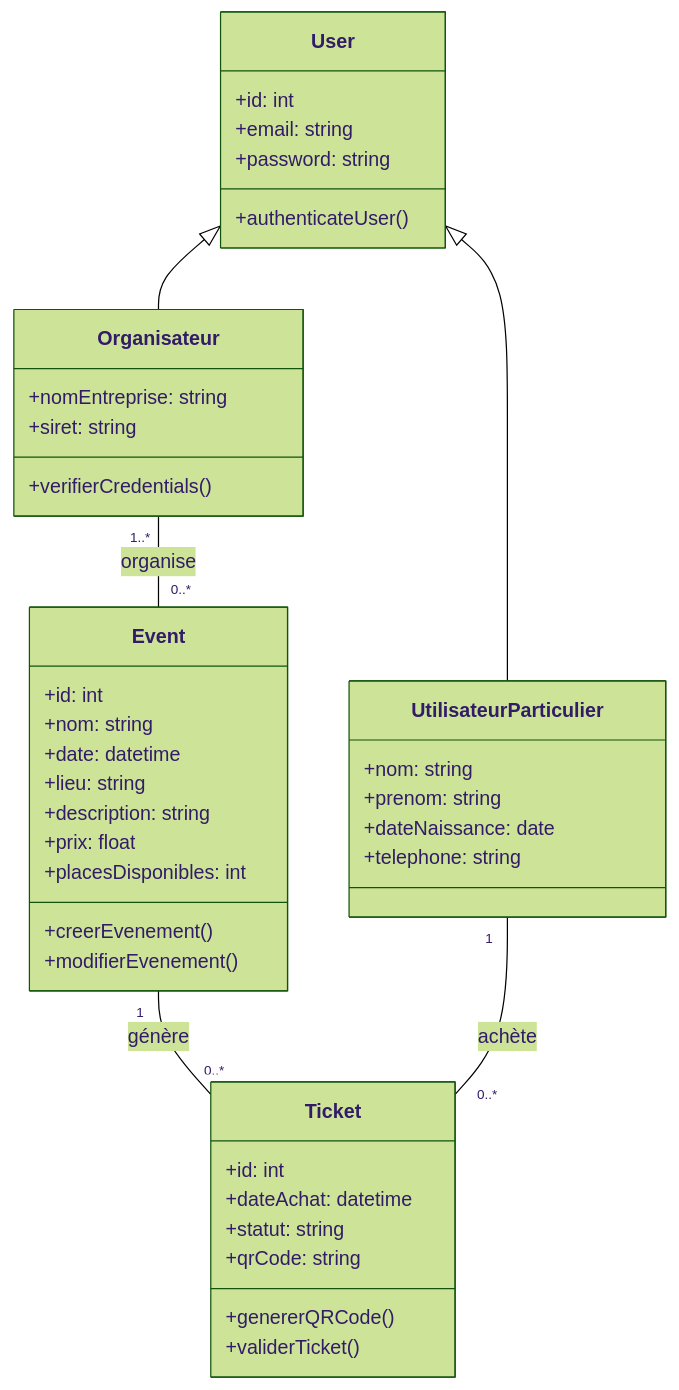
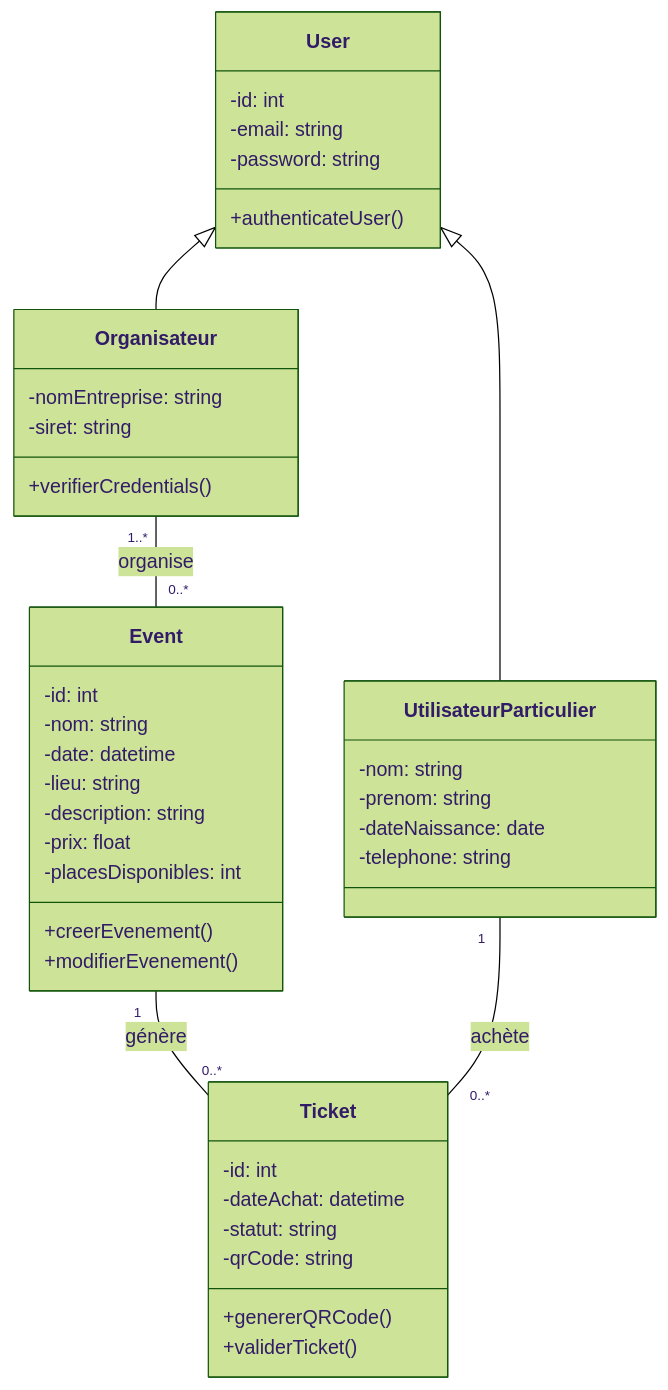
Before and after one commit to Yann2808/tp2_sir2024: the diagram in README.md, drawn with Mermaid (forest theme).

Commit message:
Mise à jour du fichier README.md

````diff
--- a/README.md
+++ b/README.md
@@ -71,49 +71,49 @@
 ```mermaid
 classDiagram
     class User {
-        +id: int
-        +email: string
-        +password: string
+        -id: int
+        -email: string
+        -password: string
         +authenticateUser()
     }
 
     class UtilisateurParticulier {
-        +nom: string
-        +prenom: string
-        +dateNaissance: date
-        +telephone: string
+        -nom: string
+        -prenom: string
+        -dateNaissance: date
+        -telephone: string
     }
 
     class Organisateur {
-        +nomEntreprise: string
-        +siret: string
+        -nomEntreprise: string
+        -siret: string
         +verifierCredentials()
     }
 
     class Event {
-        +id: int
-        +nom: string
-        +date: datetime
-        +lieu: string
-        +description: string
-        +prix: float
-        +placesDisponibles: int
+        -id: int
+        -nom: string
+        -date: datetime
+        -lieu: string
+        -description: string
+        -prix: float
+        -placesDisponibles: int
         +creerEvenement()
         +modifierEvenement()
     }
 
     class Ticket {
-        +id: int
-        +dateAchat: datetime
-        +statut: string
-        +qrCode: string
+        -id: int
+        -dateAchat: datetime
+        -statut: string
+        -qrCode: string
         +genererQRCode()
         +validerTicket()
     }
 
     User <|-- UtilisateurParticulier
     User <|-- Organisateur
     Organisateur "1..*" -- "0..*" Event : organise
     Event "1" -- "0..*" Ticket : génère
     UtilisateurParticulier "1" -- "0..*" Ticket : achète
 ```
````
